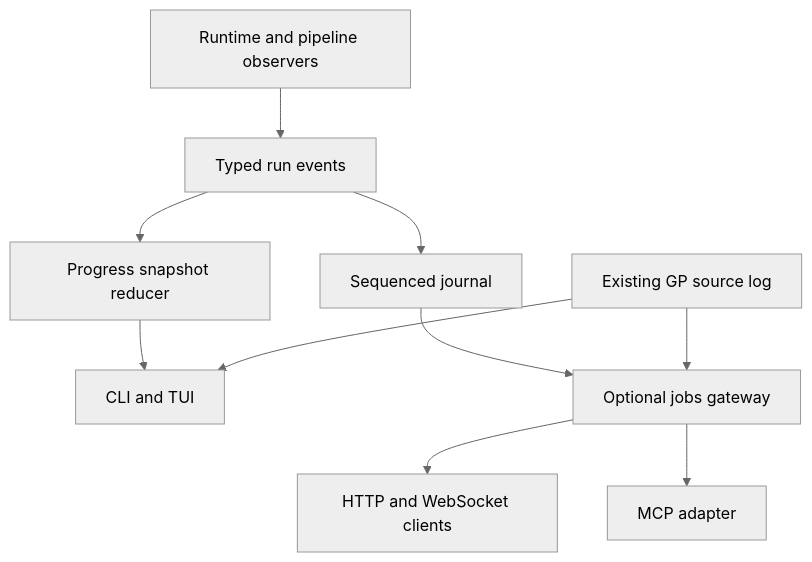
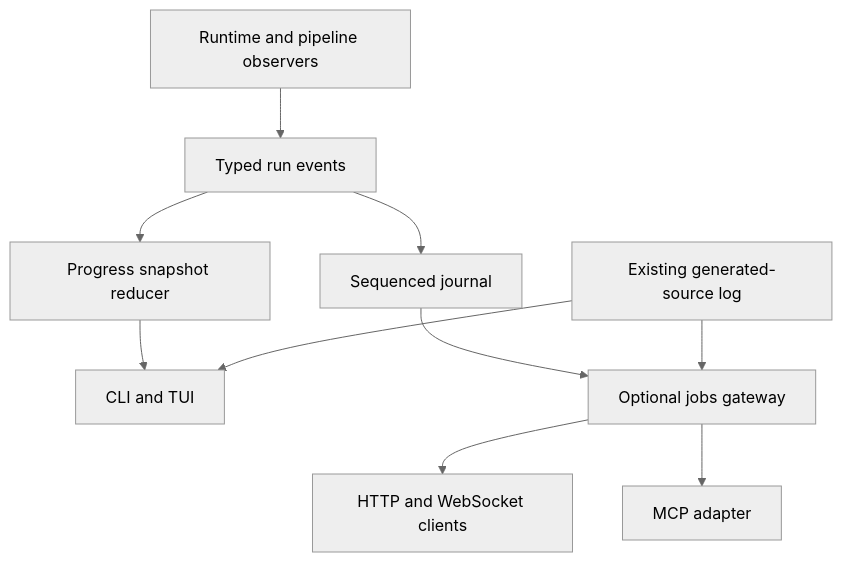
One commit to neverhuman/JopeDime changed the diagram in docs/plans/terminal-experience-20261021.md. Above: the diagram before and after it, drawn with Mermaid (neutral theme). The commit also changed other lines of this file and 6 other files, not shown here.

````diff
--- a/docs/plans/terminal-experience-20261021.md
+++ b/docs/plans/terminal-experience-20261021.md
@@ -179,12 +179,12 @@
 ```mermaid
 flowchart TD
     R["Runtime and pipeline observers"] --> E["Typed run events"]
     E --> P["Progress snapshot reducer"]
     E --> J["Sequenced journal"]
     P --> T["CLI and TUI"]
     J --> G["Optional jobs gateway"]
-    S["Existing GP source log"] --> T
+    S["Existing generated-source log"] --> T
     S --> G
     G --> H["HTTP and WebSocket clients"]
     G --> M["MCP adapter"]
 ```
````
